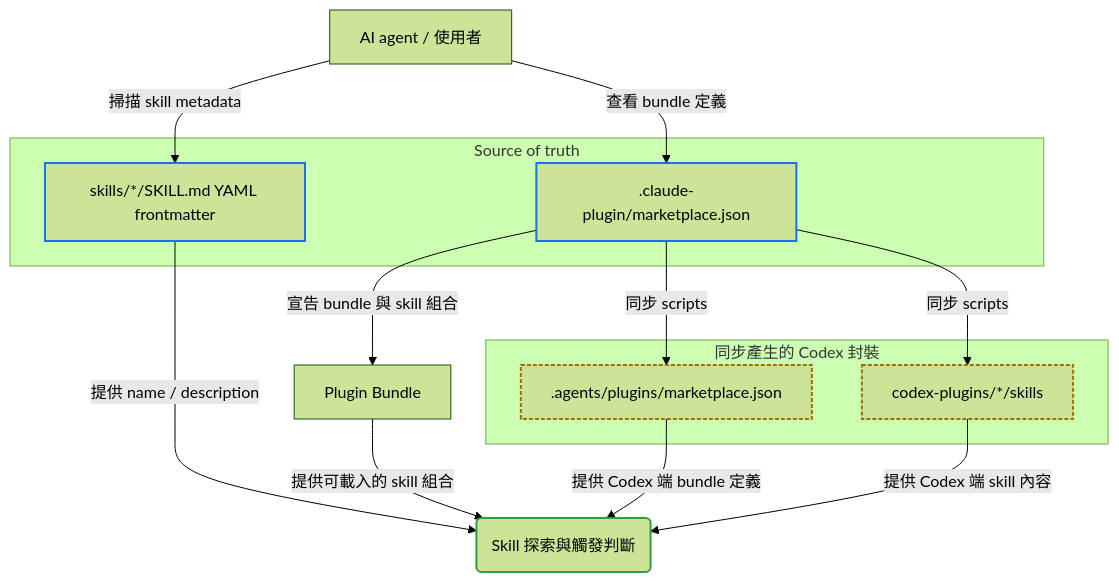
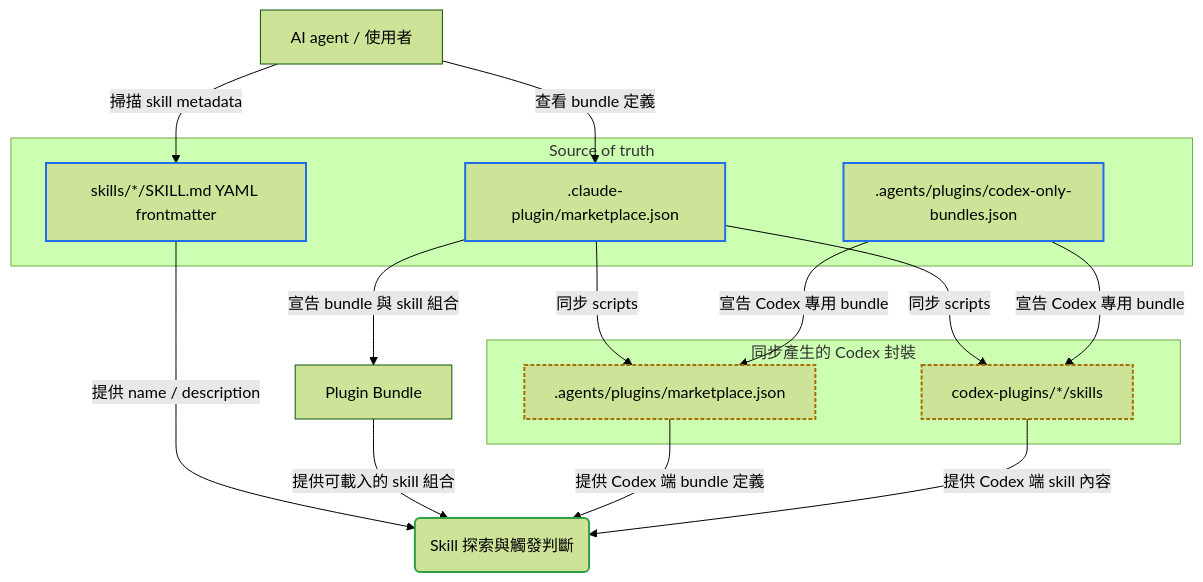
One commit to Aery9527/aery-marketplace changed the diagram in README.md. Above: the diagram before and after it, drawn with Mermaid (forest theme). The commit also changed other lines of this file and 6 other files, not shown here.

First line of the commit message:
feat(marketplace): declare Codex-only bundles outside the Claude catalog

````diff
--- a/README.md
+++ b/README.md
@@ -21,34 +21,37 @@
 ```mermaid
 flowchart TD
     Agent["AI agent / 使用者"]
     Bundle["Plugin Bundle"]
     Discovery("Skill 探索與觸發判斷")
 
     subgraph Truth["Source of truth"]
         Marketplace[".claude-plugin/marketplace.json"]
+        CodexOnly[".agents/plugins/codex-only-bundles.json"]
         Frontmatter["skills/*/SKILL.md YAML frontmatter"]
     end
 
     subgraph Package["同步產生的 Codex 封裝"]
         CodexMarketplace[".agents/plugins/marketplace.json"]
         CodexPackages["codex-plugins/*/skills"]
     end
 
     Agent -->|查看 bundle 定義| Marketplace
     Agent -->|掃描 skill metadata| Frontmatter
     Marketplace -->|宣告 bundle 與 skill 組合| Bundle
     Marketplace -->|同步 scripts| CodexMarketplace
     Marketplace -->|同步 scripts| CodexPackages
+    CodexOnly -->|宣告 Codex 專用 bundle| CodexMarketplace
+    CodexOnly -->|宣告 Codex 專用 bundle| CodexPackages
     Frontmatter -->|提供 name / description| Discovery
     Bundle -->|提供可載入的 skill 組合| Discovery
     CodexMarketplace -->|提供 Codex 端 bundle 定義| Discovery
     CodexPackages -->|提供 Codex 端 skill 內容| Discovery
 
     classDef source stroke:#1f6feb,stroke-width:2px
     classDef synced stroke:#a37000,stroke-width:2px,stroke-dasharray:4 2
     classDef output stroke:#2ea043,stroke-width:2px
 
-    class Marketplace,Frontmatter source
+    class Marketplace,CodexOnly,Frontmatter source
     class CodexMarketplace,CodexPackages synced
     class Discovery output
 ```
````
